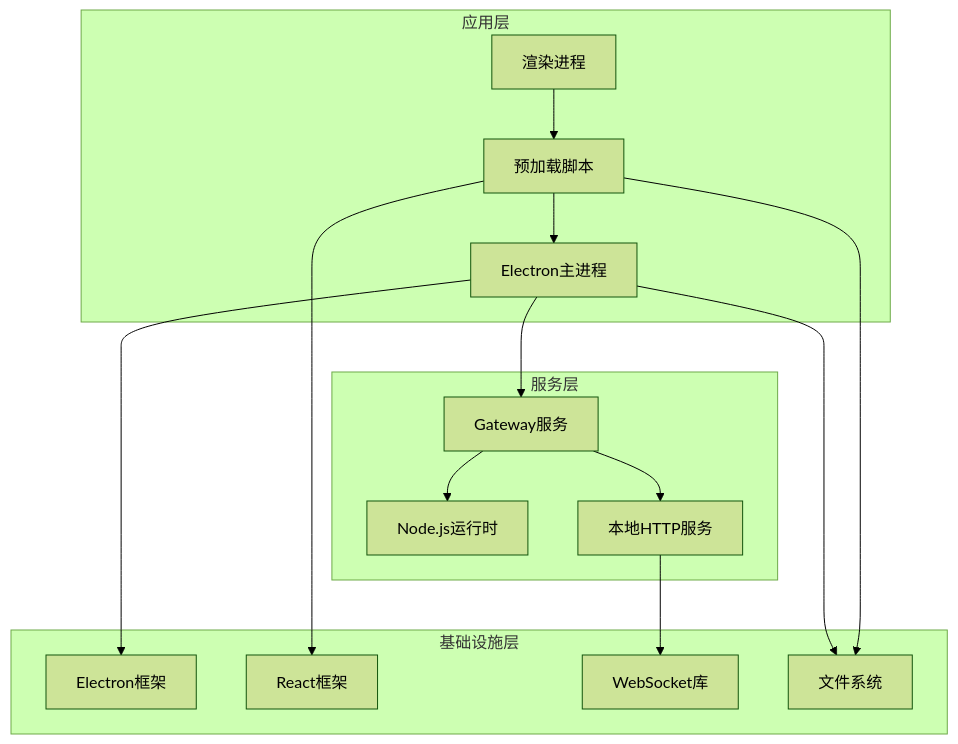
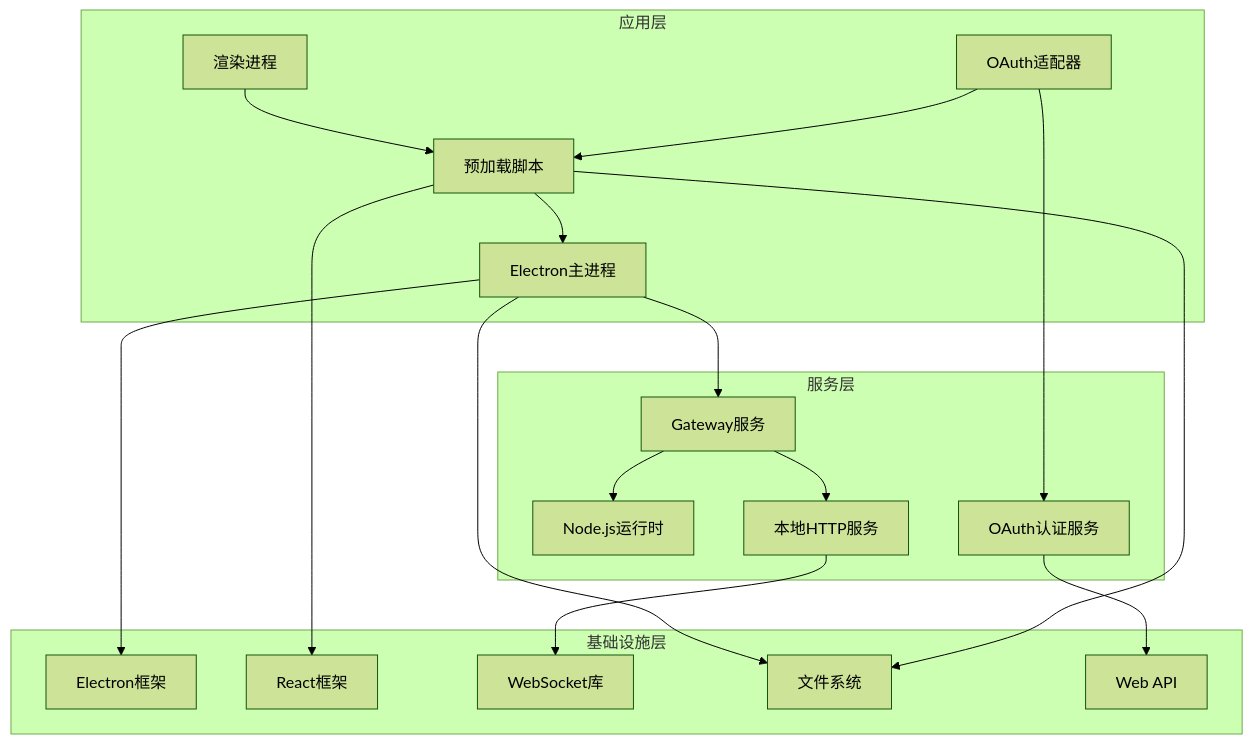
One commit to verse-ai-org/openclaw changed the tenth of 10 diagrams in .qoder/repowiki/zh/content/核心概念/Electron应用增强.md. Above: the diagram before and after it, drawn with Mermaid (forest theme). The commit also changed other lines of this file and 32 other files, not shown here.

````diff
--- a/.qoder/repowiki/zh/content/核心概念/Electron应用增强.md
+++ b/.qoder/repowiki/zh/content/核心概念/Electron应用增强.md
@@ -317,29 +458,35 @@
 ```mermaid
 graph TB
 subgraph "应用层"
 A[Electron主进程]
 B[预加载脚本]
 C[渲染进程]
+D[OAuth适配器]
 end
 subgraph "服务层"
-D[Gateway服务]
-E[Node.js运行时]
-F[本地HTTP服务]
+E[Gateway服务]
+F[Node.js运行时]
+G[本地HTTP服务]
+H[OAuth认证服务]
 end
 subgraph "基础设施层"
-G[Electron框架]
-H[React框架]
-I[WebSocket库]
-J[文件系统]
+I[Electron框架]
+J[React框架]
+K[WebSocket库]
+L[文件系统]
+M[Web API]
 end
-A --> D
-A --> G
+A --> E
+A --> I
 B --> A
-B --> H
+B --> J
 C --> B
-D --> E
-D --> F
-F --> I
-A --> J
-B --> J
+D --> B
+E --> F
+E --> G
+G --> K
+H --> M
+A --> L
+B --> L
+D --> H
 ```
````
